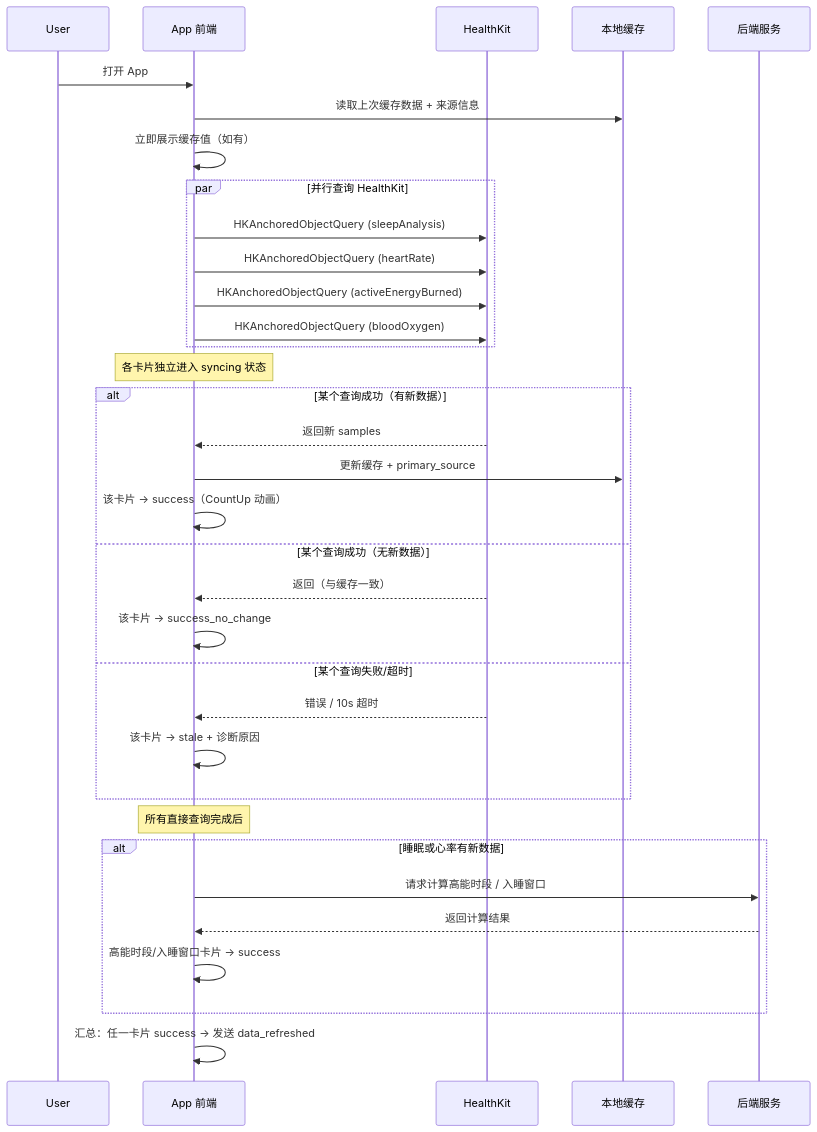
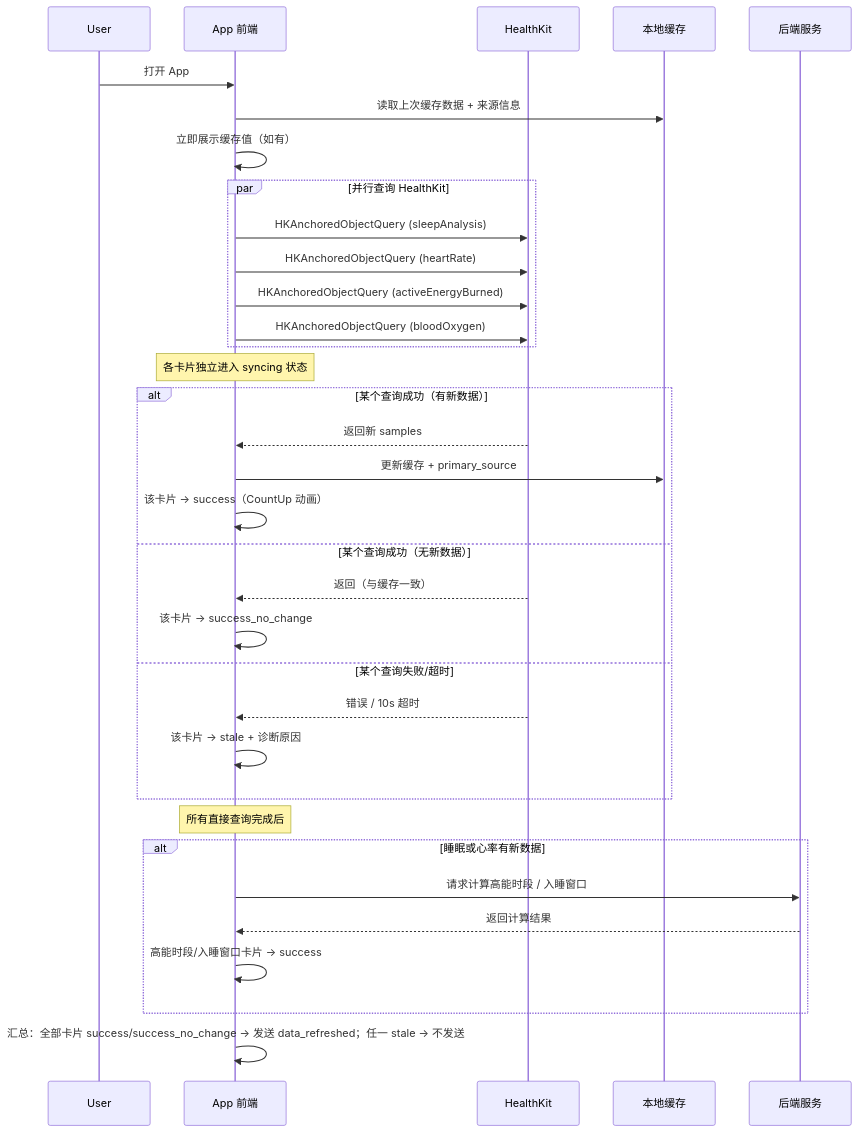
Before and after one commit to Trendolhxh/test: the fourth of 4 diagrams in prd/data-sync-status/data-sync-status-prd.md, drawn with Mermaid. The commit also changed other lines of this file and 1 other file, not shown here.

````diff
--- a/prd/data-sync-status/data-sync-status-prd.md
+++ b/prd/data-sync-status/data-sync-status-prd.md
@@ -317,43 +316,43 @@
 ```mermaid
 sequenceDiagram
     participant User
     participant App as App 前端
     participant HK as HealthKit
     participant Cache as 本地缓存
     participant Backend as 后端服务
 
     User->>App: 打开 App
     App->>Cache: 读取上次缓存数据 + 来源信息
     App->>App: 立即展示缓存值（如有）
 
     par 并行查询 HealthKit
         App->>HK: HKAnchoredObjectQuery (sleepAnalysis)
         App->>HK: HKAnchoredObjectQuery (heartRate)
         App->>HK: HKAnchoredObjectQuery (activeEnergyBurned)
         App->>HK: HKAnchoredObjectQuery (bloodOxygen)
     end
 
     Note over App: 各卡片独立进入 syncing 状态
 
     alt 某个查询成功（有新数据）
         HK-->>App: 返回新 samples
         App->>Cache: 更新缓存 + primary_source
         App->>App: 该卡片 → success（CountUp 动画）
     else 某个查询成功（无新数据）
         HK-->>App: 返回（与缓存一致）
         App->>App: 该卡片 → success_no_change
     else 某个查询失败/超时
         HK-->>App: 错误 / 10s 超时
         App->>App: 该卡片 → stale + 诊断原因
     end
 
     Note over App: 所有直接查询完成后
 
     alt 睡眠或心率有新数据
         App->>Backend: 请求计算高能时段 / 入睡窗口
         Backend-->>App: 返回计算结果
         App->>App: 高能时段/入睡窗口卡片 → success
     end
 
-    App->>App: 汇总：任一卡片 success → 发送 data_refreshed
+    App->>App: 汇总：全部卡片 success/success_no_change → 发送 data_refreshed；任一 stale → 不发送
 ```
````
